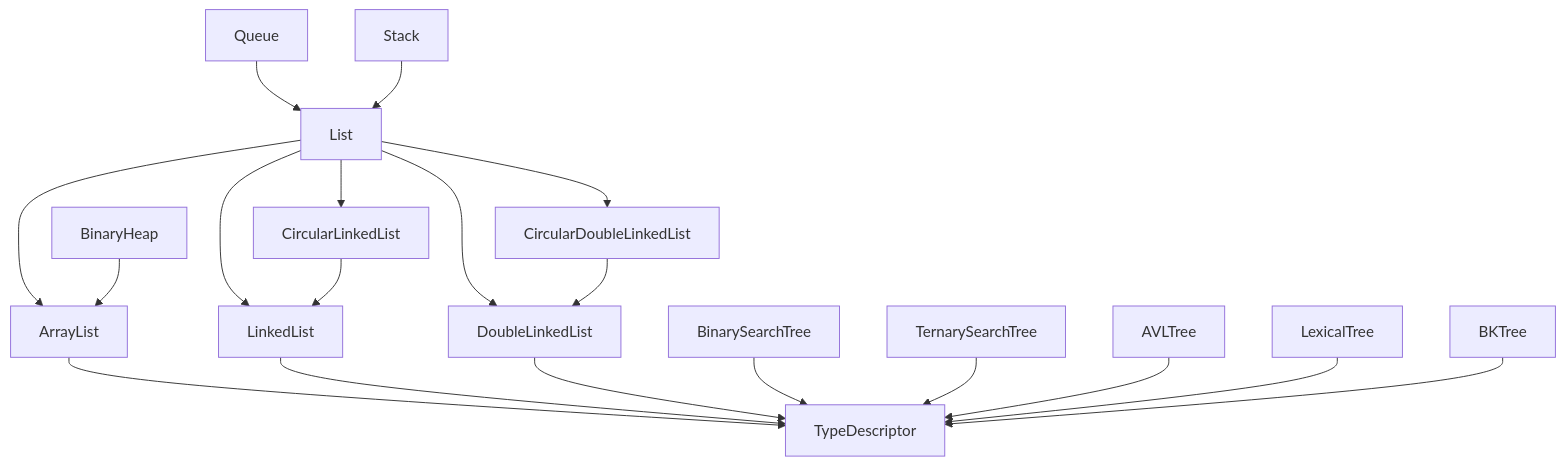
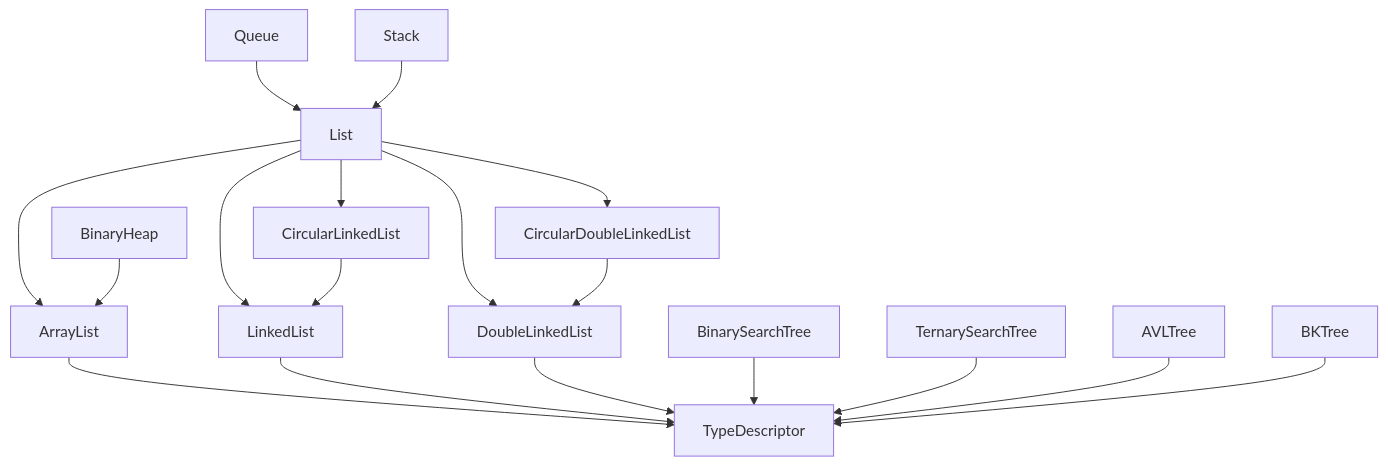
The first of 2 diagrams in docs/implementation.md (4nt0ineB/MyLittleCLibrary), drawn with Mermaid before and after one commit. The commit also changed 92 other files, not shown here.

````diff
--- a/docs/implementation.md
+++ b/docs/implementation.md
@@ -26,24 +26,23 @@
 ```mermaid
 flowchart  TB
 	 
 	ArrayList --> TypeDescriptor
 	LinkedList --> TypeDescriptor
 	DoubleLinkedList --> TypeDescriptor
 	
 	List --> ArrayList
 	List --> LinkedList 
 	List --> CircularLinkedList --> LinkedList
 	List --> DoubleLinkedList 
 	List --> CircularDoubleLinkedList --> DoubleLinkedList
 	
 	BinaryHeap --> ArrayList
 	Queue --> List
 	Stack --> List
 	
 	BinarySearchTree --> TypeDescriptor
 	TernarySearchTree --> TypeDescriptor
 	AVLTree --> TypeDescriptor
-	LexicalTree --> TypeDescriptor
 	BKTree --> TypeDescriptor
 	
 ```
````
